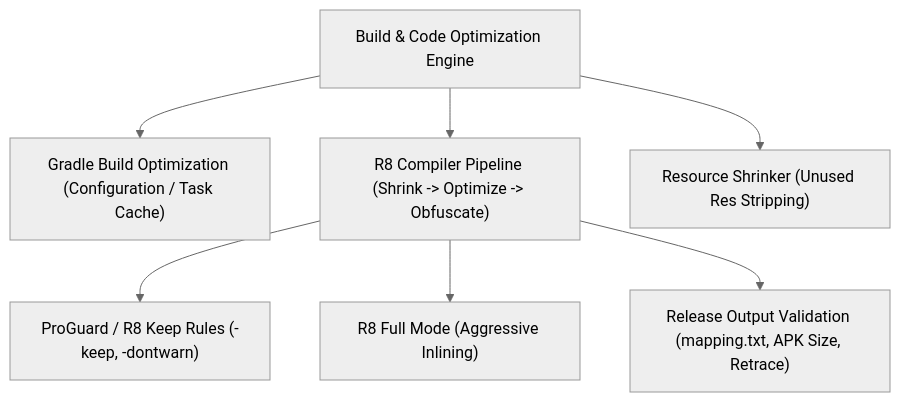
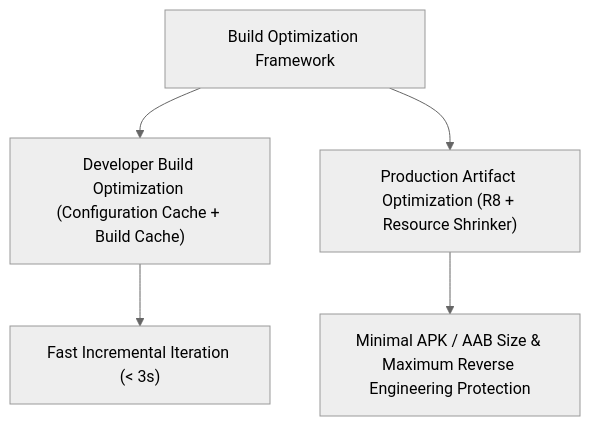
Before and after one commit to youngmin-gwon/what-i-studied: the diagram in 01_inbox/mobile/android/03_packaging_deployment/optimization/build-optimization-contracts/build-optimization-contracts.md, drawn with Mermaid (neutral theme). The commit also changed other lines of this file and 134 other files, not shown here.

````diff
--- a/01_inbox/mobile/android/03_packaging_deployment/optimization/build-optimization-contracts/build-optimization-contracts.md
+++ b/01_inbox/mobile/android/03_packaging_deployment/optimization/build-optimization-contracts/build-optimization-contracts.md
@@ -15,10 +25,8 @@
 ```mermaid
 flowchart TD
-    Optimization["Build & Code Optimization Engine"] --> GradleOpt["Gradle Build Optimization (Configuration / Task Cache)"]
-    Optimization --> R8Opt["R8 Compiler Pipeline (Shrink -> Optimize -> Obfuscate)"]
-    Optimization --> ResOpt["Resource Shrinker (Unused Res Stripping)"]
-
-    R8Opt --> KeepRules["ProGuard / R8 Keep Rules (-keep, -dontwarn)"]
-    R8Opt --> FullMode["R8 Full Mode (Aggressive Inlining)"]
-    R8Opt --> Validation["Release Output Validation (mapping.txt, APK Size, Retrace)"]
+    BuildOpt["Build Optimization Framework"] --> DevOpt["Developer Build Optimization (Configuration Cache + Build Cache)"]
+    BuildOpt --> ProdOpt["Production Artifact Optimization (R8 + Resource Shrinker)"]
+    
+    DevOpt --> FastFeedback["Fast Incremental Iteration (< 3s)"]
+    ProdOpt --> MinAppSize["Minimal APK / AAB Size & Maximum Reverse Engineering Protection"]
 ```
````
